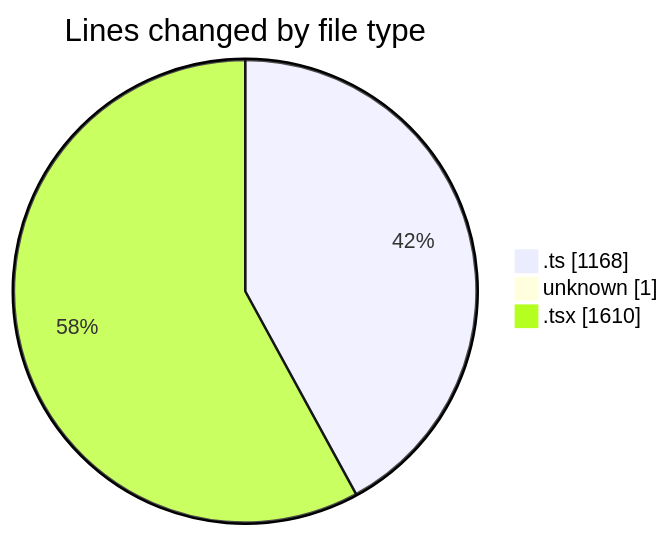
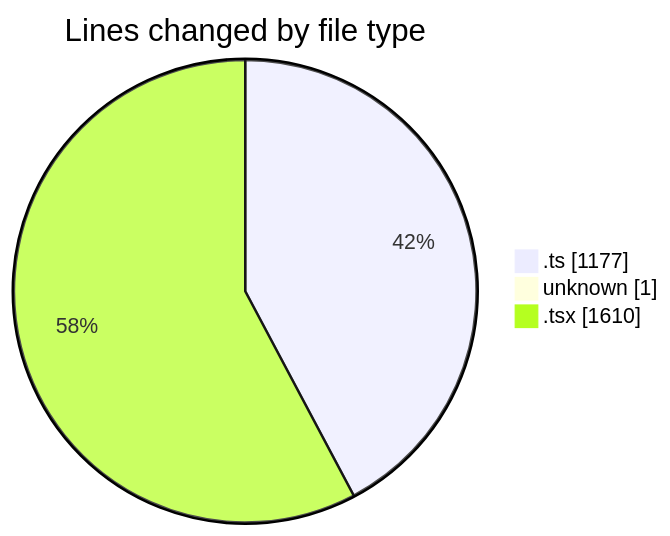
One commit to robertbonfada/code-tracking changed the first of 2 diagrams in 2025-02-17/mbc-web/README.md. Above: the diagram before and after it, drawn with Mermaid. The commit also changed other lines of this file and 1 other file, not shown here.

````diff
--- a/2025-02-17/mbc-web/README.md
+++ b/2025-02-17/mbc-web/README.md
@@ -38,7 +38,7 @@
 ```mermaid
 pie showData
 title Lines changed by file type
-".ts" : 1168
+".ts" : 1177
 "unknown" : 1
 ".tsx" : 1610
 ```
````
